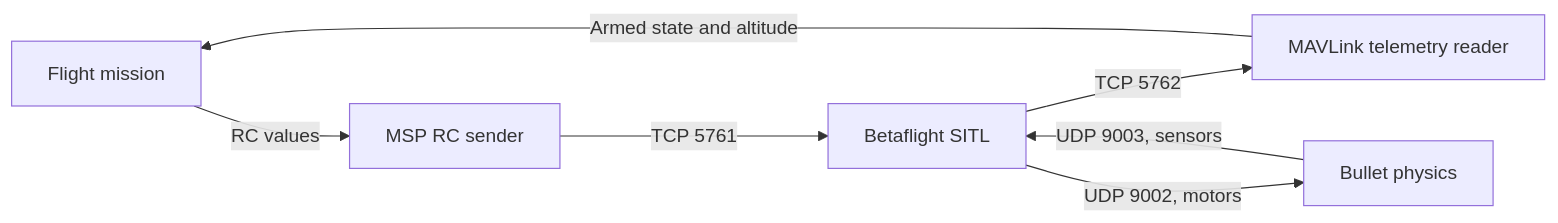
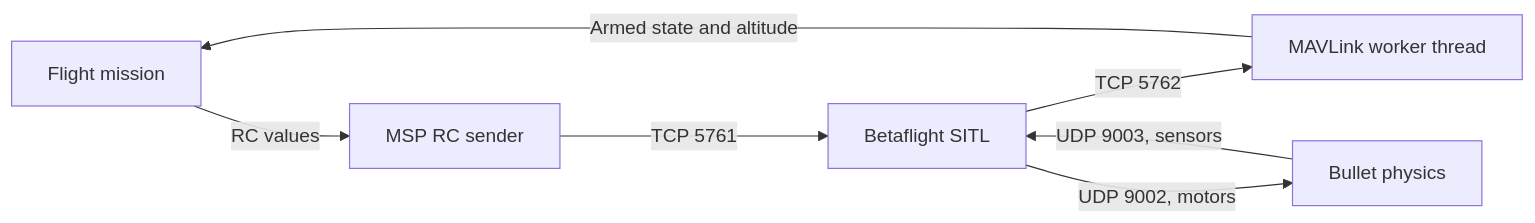
The first of 3 diagrams in examples/msp_mavlink_flight/README.md (robobe/beta_client), drawn with Mermaid before and after one commit. The commit also changed other lines of this file and 10 other files, not shown here.

Commit message:
Add threaded MAVLink telemetry and document flight tuning constants

````diff
--- a/examples/msp_mavlink_flight/README.md
+++ b/examples/msp_mavlink_flight/README.md
@@ -5,9 +5,9 @@
 ```mermaid
 flowchart LR
     Mission[Flight mission] -->|RC values| MSP[MSP RC sender]
-    MAV[MAVLink telemetry reader] -->|Armed state and altitude| Mission
+    MAV[MAVLink worker thread] -->|Armed state and altitude| Mission
     MSP -->|TCP 5761| SITL[Betaflight SITL]
     SITL -->|TCP 5762| MAV
     SITL -->|UDP 9002, motors| Bullet[Bullet physics]
     Bullet -->|UDP 9003, sensors| SITL
 ```
````
